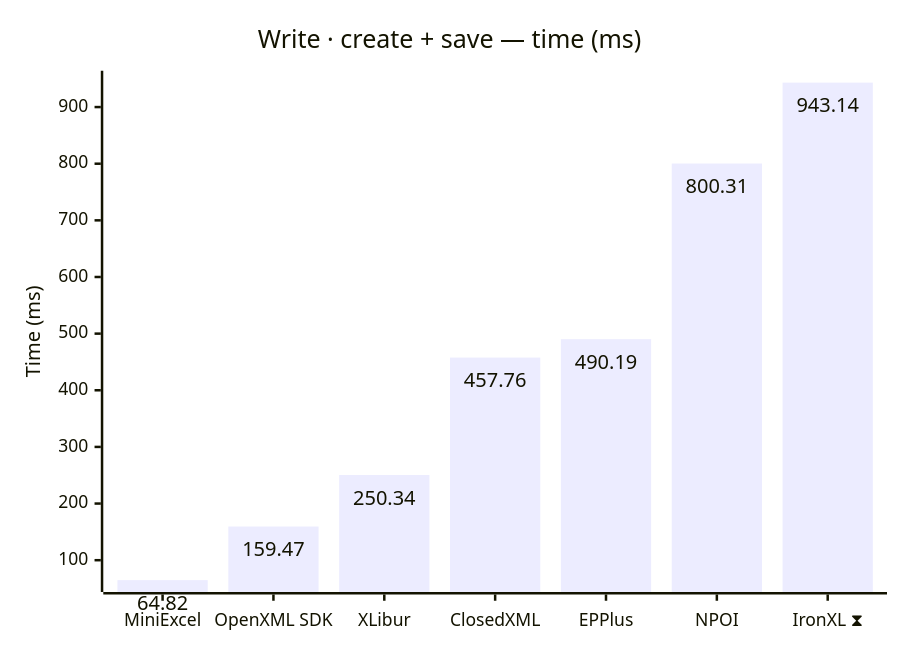
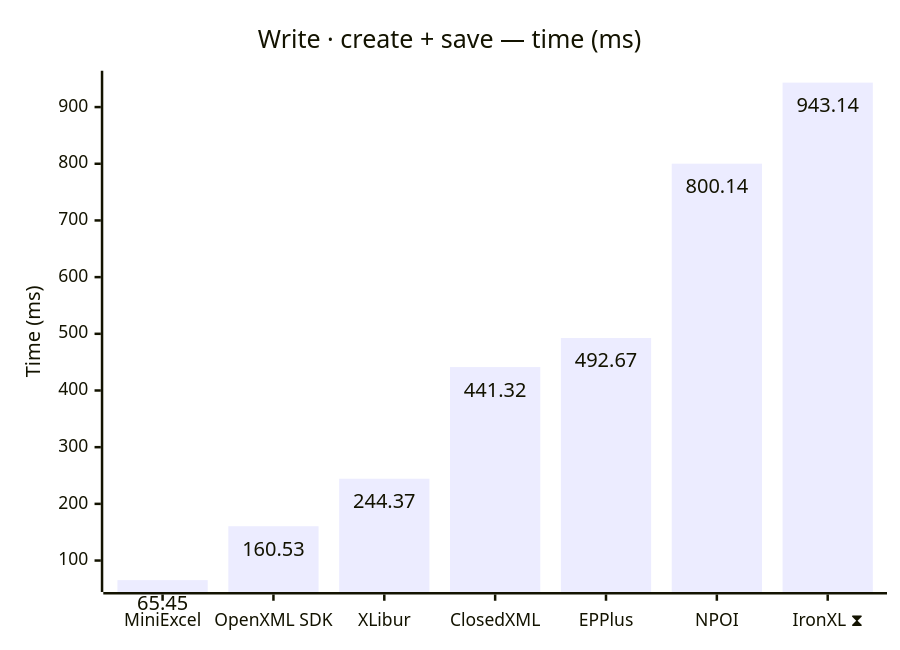
One commit to jafin/XLBench changed the fifth of 12 diagrams in docs/results-ci.md. Above: the diagram before and after it, drawn with Mermaid. The commit also changed other lines of this file, not shown here.

````diff
--- a/docs/results-ci.md
+++ b/docs/results-ci.md
@@ -93,12 +93,12 @@
 ```mermaid
 ---
 config:
   xyChart:
     showDataLabel: true
 ---
 xychart-beta
     title "Write · create + save — time (ms)"
     x-axis ["MiniExcel", "OpenXML SDK", "XLibur", "ClosedXML", "EPPlus", "NPOI", "IronXL ⧗"]
     y-axis "Time (ms)"
-    bar [64.82, 159.47, 250.34, 457.76, 490.19, 800.31, 943.14]
+    bar [65.45, 160.53, 244.37, 441.32, 492.67, 800.14, 943.14]
 ```
````
